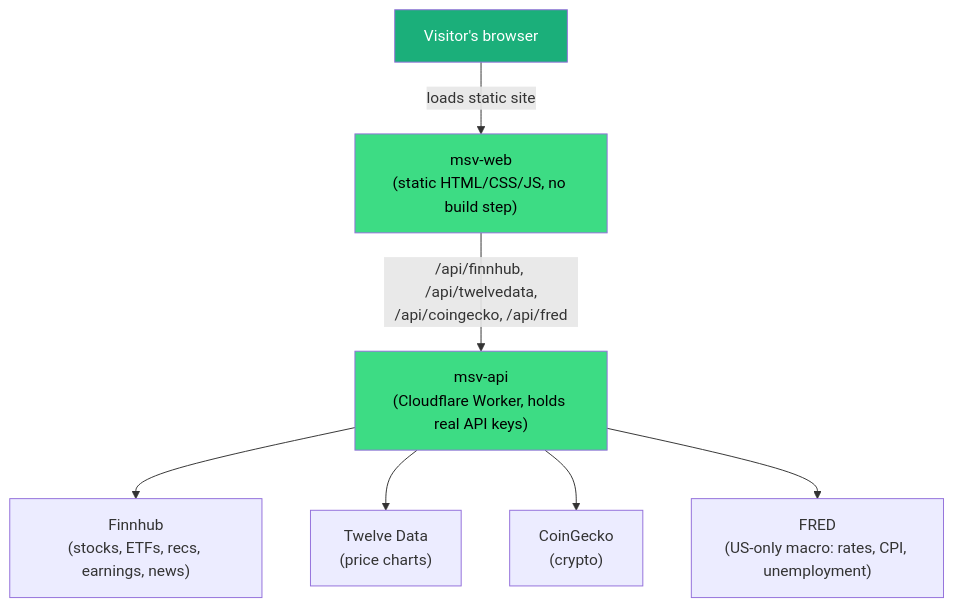
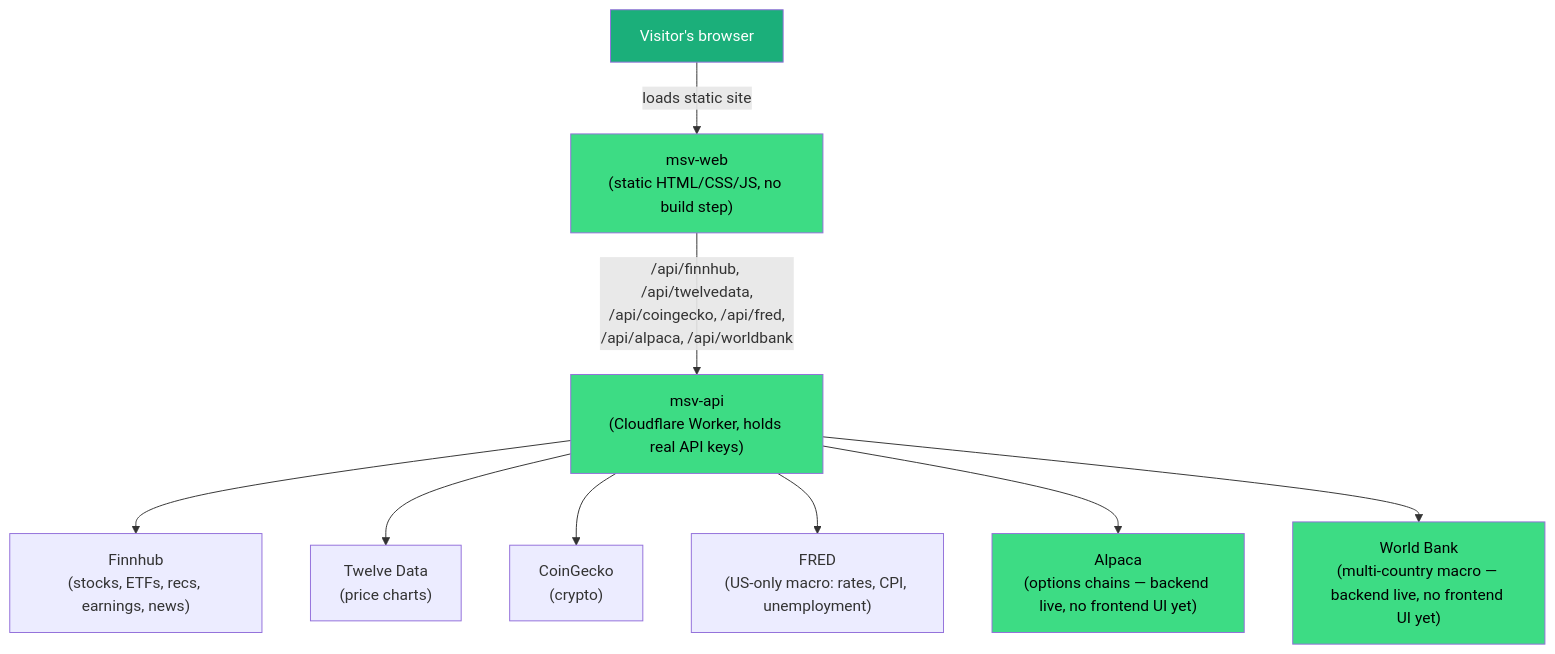
Before and after one commit to Maximising-Shareholder-Value/msv-web: the first of 2 diagrams in .github/ROADMAP.md, drawn with Mermaid. The commit also changed other lines of this file, not shown here.

First line of the commit message:
Refresh ROADMAP.md architecture diagrams and status notes (#8)

````diff
--- a/.github/ROADMAP.md
+++ b/.github/ROADMAP.md
@@ -22,13 +22,17 @@
 ```mermaid
 graph TD
     U["Visitor's browser"] -->|loads static site| W["msv-web<br/>(static HTML/CSS/JS, no build step)"]
-    W -->|"/api/finnhub, /api/twelvedata,<br/>/api/coingecko, /api/fred"| A["msv-api<br/>(Cloudflare Worker, holds real API keys)"]
+    W -->|"/api/finnhub, /api/twelvedata,<br/>/api/coingecko, /api/fred,<br/>/api/alpaca, /api/worldbank"| A["msv-api<br/>(Cloudflare Worker, holds real API keys)"]
     A --> FH["Finnhub<br/>(stocks, ETFs, recs, earnings, news)"]
     A --> TD["Twelve Data<br/>(price charts)"]
     A --> CG["CoinGecko<br/>(crypto)"]
     A --> FR["FRED<br/>(US-only macro: rates, CPI, unemployment)"]
+    A --> AL["Alpaca<br/>(options chains — backend live, no frontend UI yet)"]
+    A --> WB["World Bank<br/>(multi-country macro — backend live, no frontend UI yet)"]
 
     style U fill:#1baf7a,color:#fff
     style W fill:#3ddc84,color:#000
     style A fill:#3ddc84,color:#000
+    style AL fill:#3ddc84,color:#000
+    style WB fill:#3ddc84,color:#000
 ```
````
